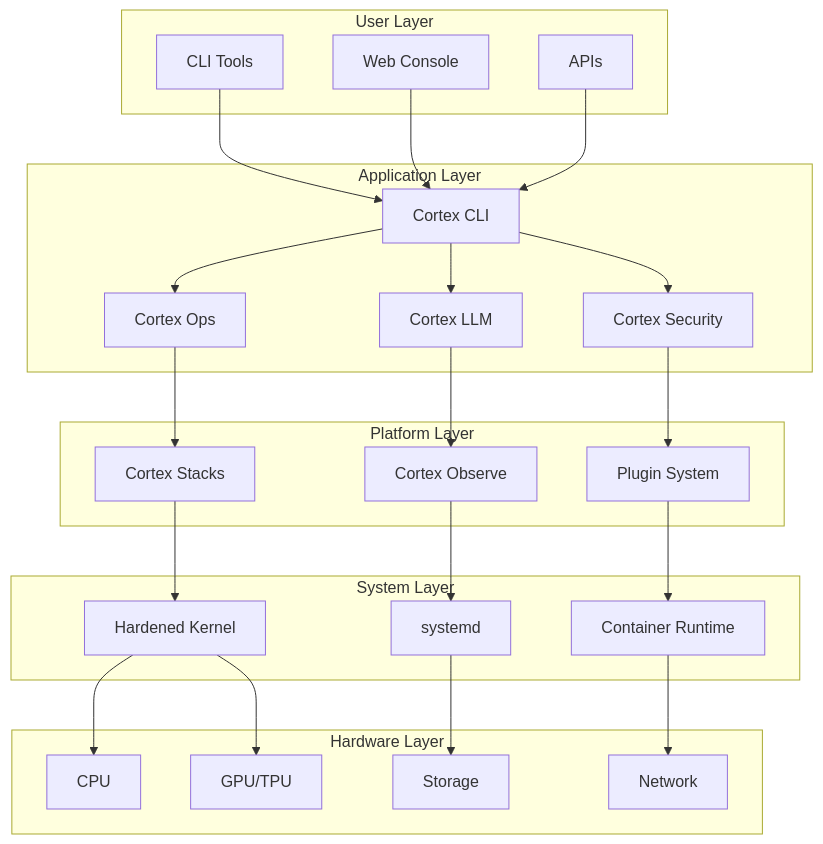
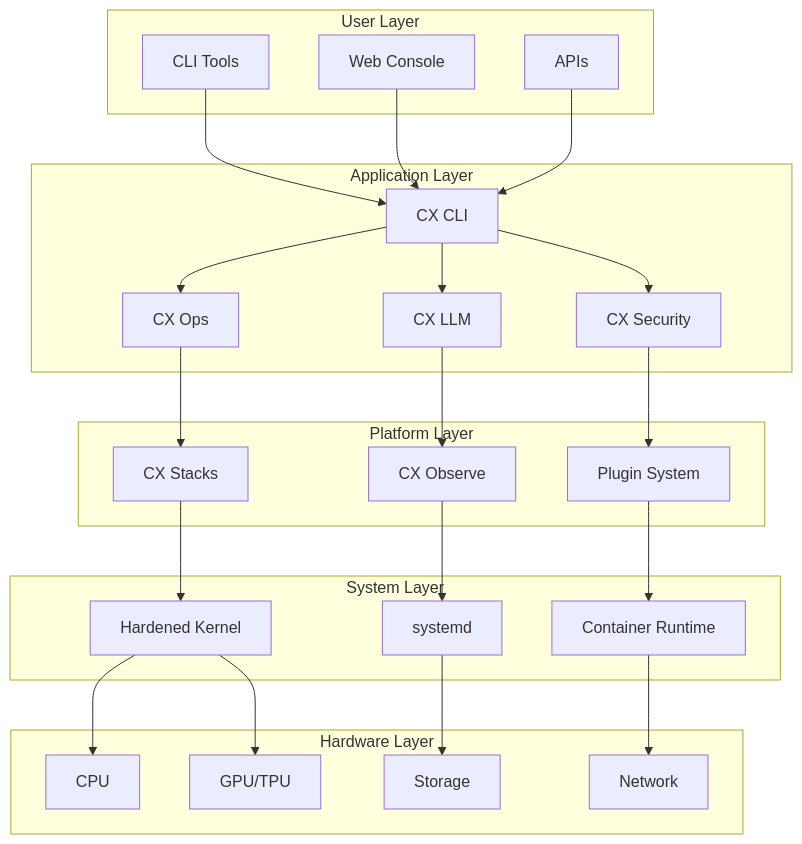
One commit to cxlinux-ai/cx-web changed the first of 3 diagrams in docs/docs/architecture/overview.md. Above: the diagram before and after it, drawn with Mermaid. The commit also changed other lines of this file and 21 other files, not shown here.

````diff
--- a/docs/docs/architecture/overview.md
+++ b/docs/docs/architecture/overview.md
@@ -7,55 +7,55 @@
 ```mermaid
 graph TB
     subgraph User Layer
         A[CLI Tools]
         B[Web Console]
         C[APIs]
     end
 
     subgraph Application Layer
-        D[Cortex CLI]
-        E[Cortex Ops]
-        F[Cortex LLM]
-        G[Cortex Security]
+        D[CX CLI]
+        E[CX Ops]
+        F[CX LLM]
+        G[CX Security]
     end
 
     subgraph Platform Layer
-        H[Cortex Stacks]
-        I[Cortex Observe]
+        H[CX Stacks]
+        I[CX Observe]
         J[Plugin System]
     end
 
     subgraph System Layer
         K[Hardened Kernel]
         L[systemd]
         M[Container Runtime]
     end
 
     subgraph Hardware Layer
         N[CPU]
         O[GPU/TPU]
         P[Storage]
         Q[Network]
     end
 
     A --> D
     B --> D
     C --> D
 
     D --> E
     D --> F
     D --> G
 
     E --> H
     F --> I
     G --> J
 
     H --> K
     I --> L
     J --> M
 
     K --> N
     K --> O
     L --> P
     M --> Q
 ```
````
